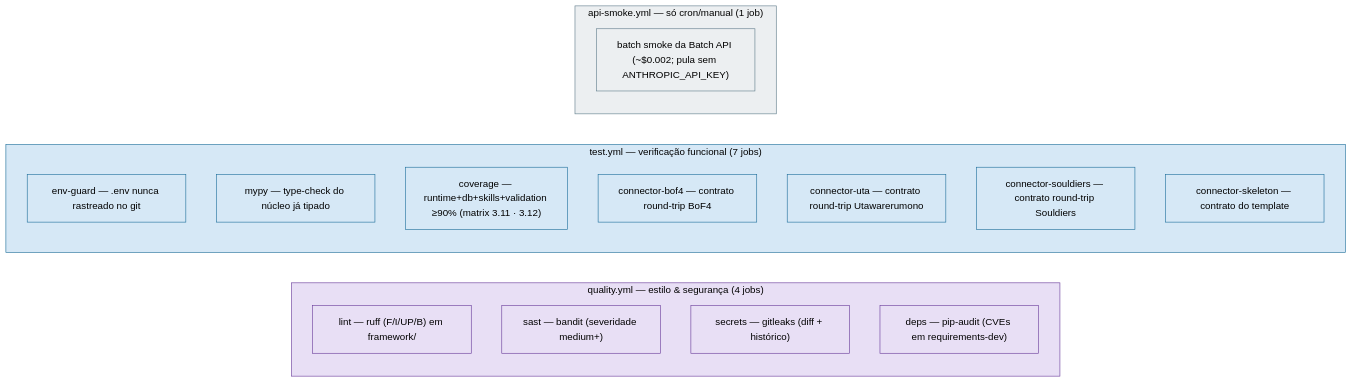
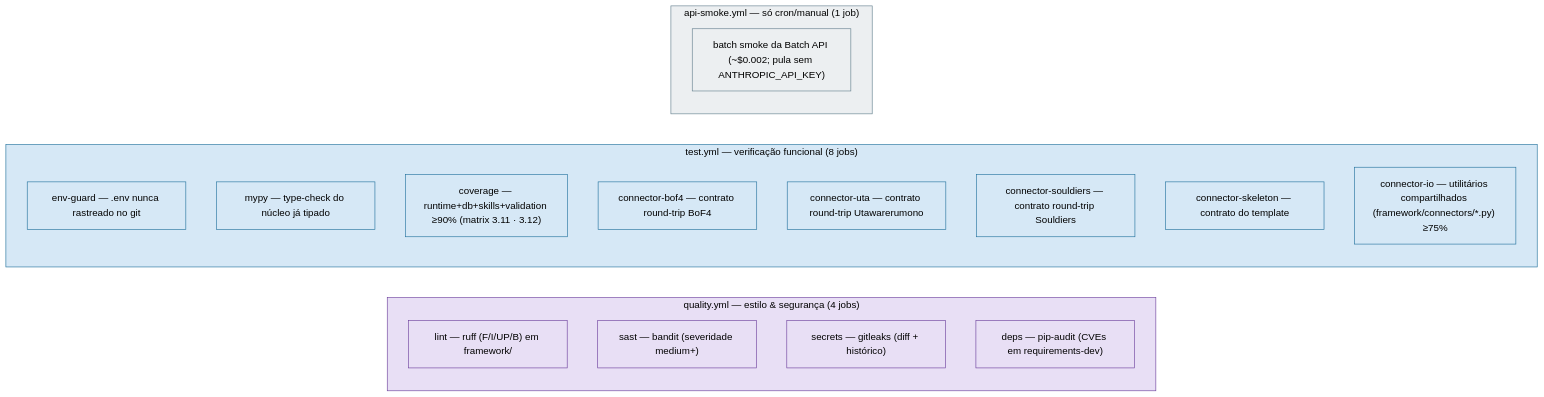
One commit to scudellerlemos/translation-cognition-framework changed the diagram in framework/README.md. Above: the diagram before and after it, drawn with Mermaid. The commit also changed other lines of this file and 11 other files, not shown here.

````diff
--- a/framework/README.md
+++ b/framework/README.md
@@ -184,29 +194,30 @@
 ```mermaid
 flowchart LR
   subgraph quality["quality.yml — estilo & segurança (4 jobs)"]
     direction TB
     ql["lint — ruff (F/I/UP/B) em framework/"]
     qs["sast — bandit (severidade medium+)"]
     qc["secrets — gitleaks (diff + histórico)"]
     qd["deps — pip-audit (CVEs em requirements-dev)"]
   end
-  subgraph tests["test.yml — verificação funcional (7 jobs)"]
+  subgraph tests["test.yml — verificação funcional (8 jobs)"]
     direction TB
     te["env-guard — .env nunca rastreado no git"]
     tm["mypy — type-check do núcleo já tipado"]
     tcov["coverage — runtime+db+skills+validation ≥90% (matrix 3.11 · 3.12)"]
     tb["connector-bof4 — contrato round-trip BoF4"]
     tu["connector-uta — contrato round-trip Utawarerumono"]
     tsoul["connector-souldiers — contrato round-trip Souldiers"]
     tsk["connector-skeleton — contrato do template"]
+    tio["connector-io — utilitários compartilhados (framework/connectors/*.py) ≥75%"]
   end
   subgraph smoke["api-smoke.yml — só cron/manual (1 job)"]
     sm["batch smoke da Batch API (~$0.002; pula sem ANTHROPIC_API_KEY)"]
   end
   classDef qual fill:#e8dff5,stroke:#6a3d9b,color:#000;
   classDef test fill:#d6e8f6,stroke:#1f6f9b,color:#000;
   classDef smoke fill:#eceff1,stroke:#607d8b,color:#000;
   class quality,ql,qs,qc,qd qual;
-  class tests,te,tm,tcov,tb,tu,tsoul,tsk test;
+  class tests,te,tm,tcov,tb,tu,tsoul,tsk,tio test;
   class smoke,sm smoke;
 ```
````
